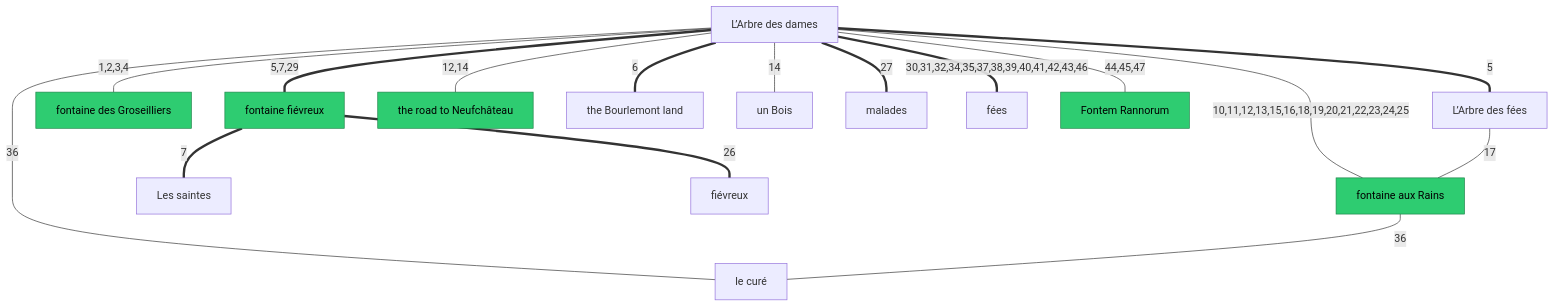
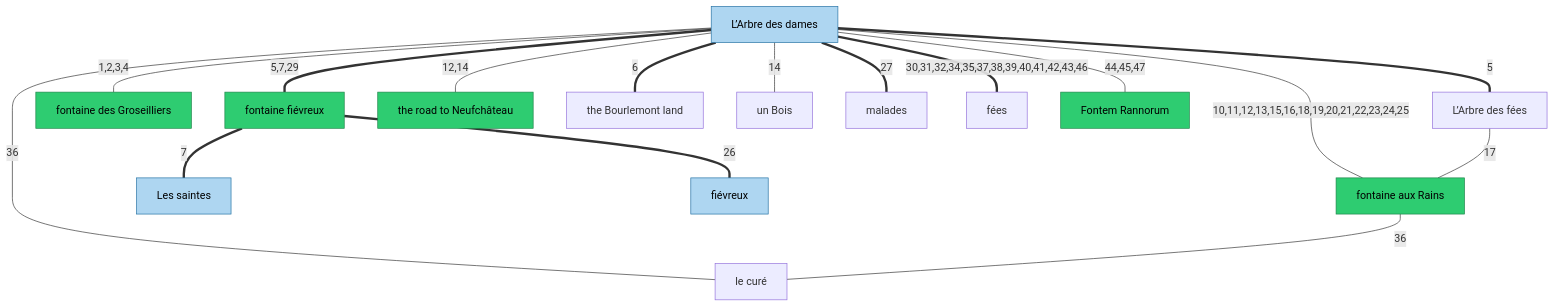
Before and after one commit to kitty-catt/the-location-of-the-arbre-des-dames-and-the-spring-of-joan-of-arc: the diagram in README.md, drawn with Mermaid. The commit also changed 2 other files, not shown here.

Commit message:
make it clear what objects Jeanne talked about

````diff
--- a/README.md
+++ b/README.md
@@ -35,37 +35,39 @@
 ```mermaid
 graph TD
     classDef archaeological fill:#2ecc71,stroke:#1e8449,color:#000;
+    classDef jeanneFievreux fill:#aed6f1,stroke:#2471a3,color:#000;
 
     N1["L’Arbre des dames"]
     N2["L’Arbre des fées"]
     N3["fontaine des Groseilliers"]
     N4["fontaine fiévreux"]
     N5["fontaine aux Rains"]
     N6["the road to Neufchâteau"]
     N7["the Bourlemont land"]
     N8["un Bois"]
     N9["Les saintes"]
     N10["fiévreux"]
     N11["malades"]
     N12["fées"]
     N13["le curé"]
     N14["Fontem Rannorum"]
 
     N1 == "5" === N2
     N1 -- "1,2,3,4" --- N3
     N1 == "5,7,29" === N4
     N1 == "6" === N7
     N4 == "7" === N9
     N1 == "30,31,32,34,35,37,38,39,40,41,42,43,46" === N12
     N1 -- "36" --- N13
     N5 -- "36" --- N13
     N4 == "26" === N10
     N1 == "27" === N11
     N1 -- "10,11,12,13,15,16,18,19,20,21,22,23,24,25" --- N5
     N2 -- "17" --- N5
     N1 -- "12,14" --- N6
     N1 -- "14" --- N8
     N1 -- "44,45,47" --- N14
 
     class N3,N4,N5,N6,N14 archaeological
+    class N1,N9,N10 jeanneFievreux
 ```
````
